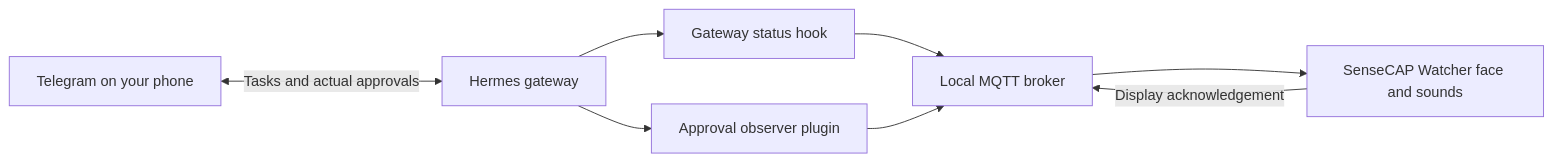
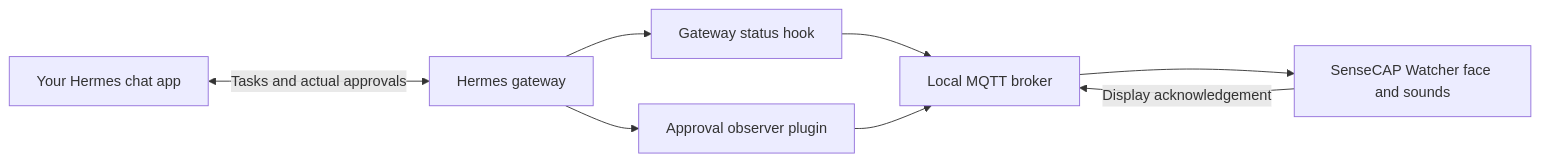
Before and after one commit to chaudharysk/hermes-sensecap-watcher: the diagram in README.md, drawn with Mermaid. The commit also changed other lines of this file and 15 other files, not shown here.

````diff
--- a/README.md
+++ b/README.md
@@ -23,10 +38,10 @@
 ```mermaid
 flowchart LR
-    Phone[Telegram on your phone] <-->|Tasks and actual approvals| Agent[Hermes gateway]
+    Phone[Your Hermes chat app] <-->|Tasks and actual approvals| Agent[Hermes gateway]
     Agent --> Status[Gateway status hook]
     Agent --> Requests[Approval observer plugin]
     Status --> Broker[Local MQTT broker]
     Requests --> Broker
     Broker --> Watcher[SenseCAP Watcher face and sounds]
     Watcher -->|Display acknowledgement| Broker
 ```
````
